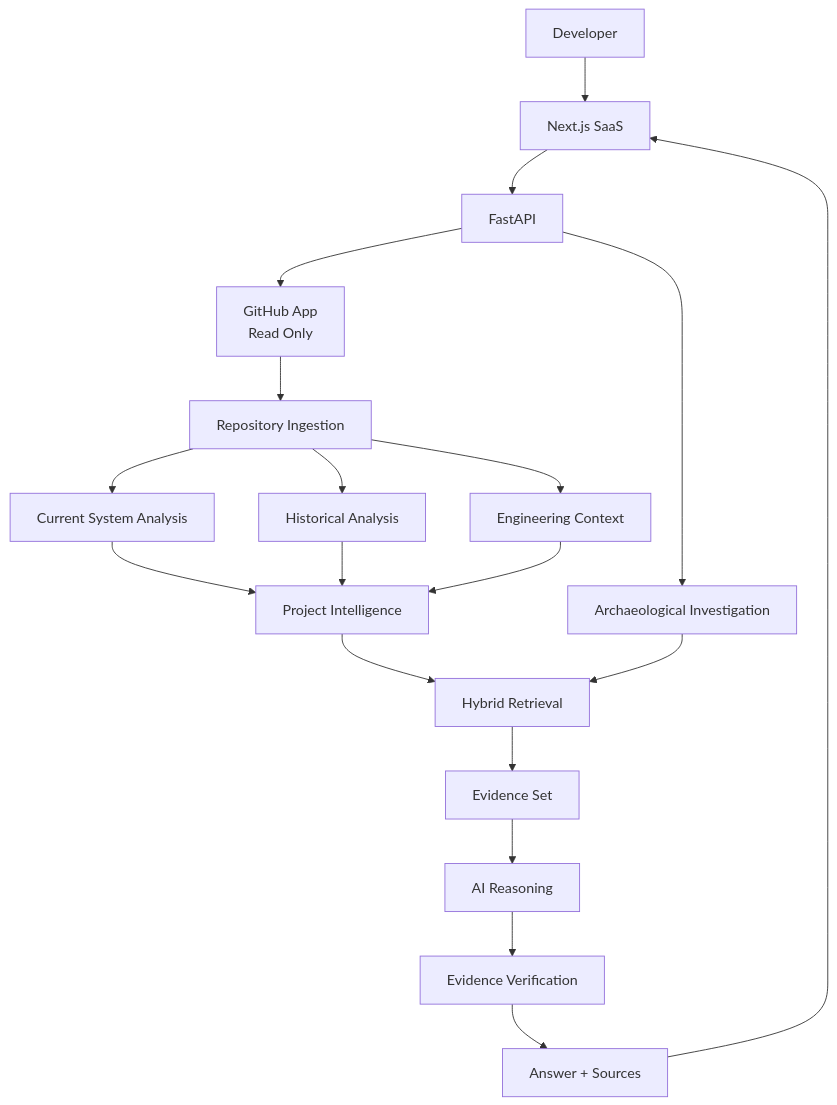
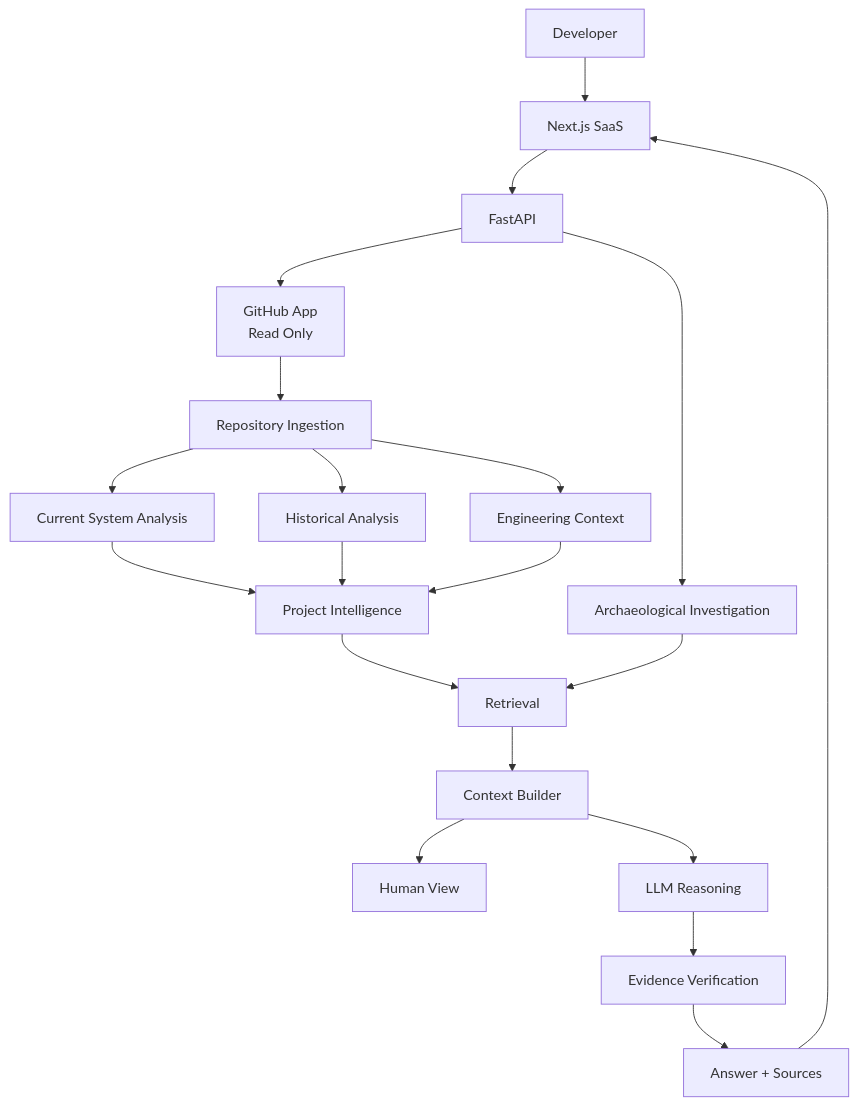
One commit to ShlokRamteke/CodeAtlas changed the first of 4 diagrams in ARCHITECTURE.md. Above: the diagram before and after it, drawn with Mermaid. The commit also changed other lines of this file and 11 other files, not shown here.

Commit message:
docs: sync live architecture, roadmap, decisions, and phase specs with v5

````diff
--- a/ARCHITECTURE.md
+++ b/ARCHITECTURE.md
@@ -17,31 +15,29 @@
 ```mermaid
 flowchart TB
-    USER[Developer]
-        --> WEB[Next.js SaaS]
-
+    USER[Developer] --> WEB[Next.js SaaS]
     WEB --> API[FastAPI]
 
     API --> GH[GitHub App<br/>Read Only]
-
     GH --> ING[Repository Ingestion]
 
     ING --> CURRENT[Current System Analysis]
     ING --> HISTORY[Historical Analysis]
     ING --> CONTEXT[Engineering Context]
 
     CURRENT --> KNOWLEDGE[Project Intelligence]
     HISTORY --> KNOWLEDGE
     CONTEXT --> KNOWLEDGE
 
-    KNOWLEDGE --> RET[Hybrid Retrieval]
+    KNOWLEDGE --> RET[Retrieval]
 
     API --> INVEST[Archaeological Investigation]
+    INVEST --> RET
 
-    INVEST --> RET
-    RET --> EVIDENCE[Evidence Set]
-    EVIDENCE --> REASON[AI Reasoning]
+    RET --> BUILDER[Context Builder]
+    BUILDER --> HUMAN[Human View]
+    BUILDER --> REASON[LLM Reasoning]
+
     REASON --> VERIFY[Evidence Verification]
     VERIFY --> RESULT[Answer + Sources]
-
     RESULT --> WEB
 ```
````
